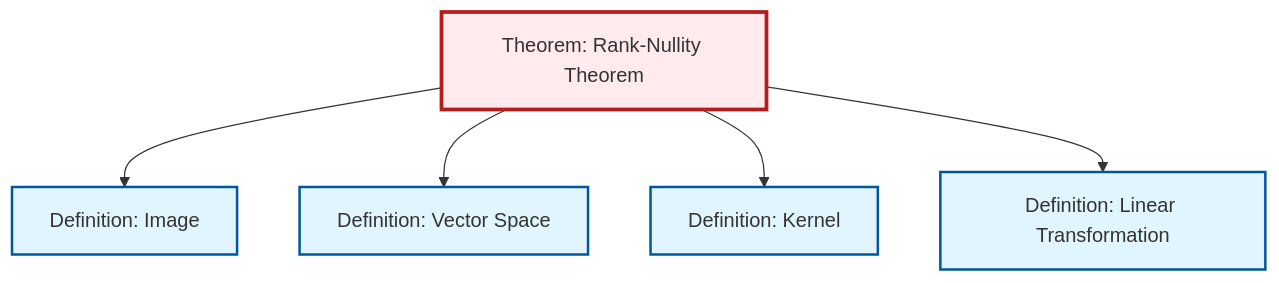
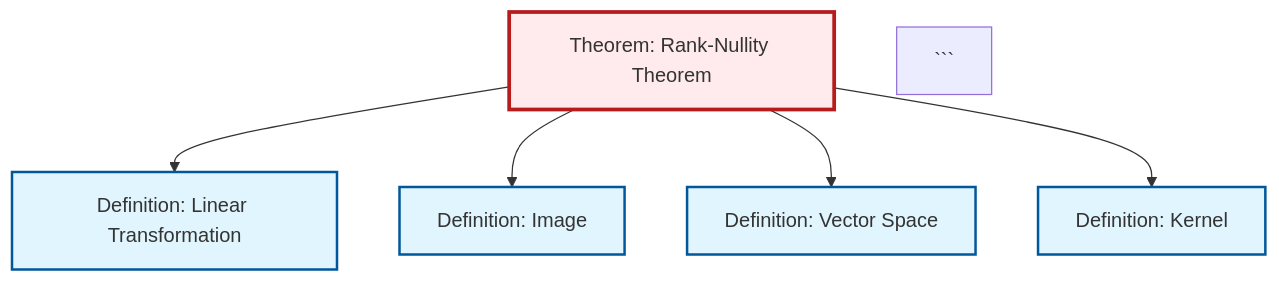
The diagram in output/mermaid/thm-rank-nullity.mermaid (RK0429/ModernMath), drawn with Mermaid before and after one commit. The commit also changed 1183 other files, not shown here.

````diff
--- a/output/mermaid/thm-rank-nullity.mermaid
+++ b/output/mermaid/thm-rank-nullity.mermaid
@@ -1,19 +1,18 @@
-```{mermaid}
 %%| fig-cap: "Local dependency graph"
 graph TD
     classDef definition fill:#e1f5fe,stroke:#01579b,stroke-width:2px
     classDef theorem fill:#f3e5f5,stroke:#4a148c,stroke-width:2px
     classDef axiom fill:#fff3e0,stroke:#e65100,stroke-width:2px
     classDef example fill:#e8f5e9,stroke:#1b5e20,stroke-width:2px
     classDef current fill:#ffebee,stroke:#b71c1c,stroke-width:3px
-    thm-rank-nullity["Theorem: Rank-Nullity Theorem"]:::theorem
-    def-linear-transformation["Definition: Linear Transformation"]:::definition
     def-kernel["Definition: Kernel"]:::definition
     def-vector-space["Definition: Vector Space"]:::definition
+    def-linear-transformation["Definition: Linear Transformation"]:::definition
+    thm-rank-nullity["Theorem: Rank-Nullity Theorem"]:::theorem
     def-image["Definition: Image"]:::definition
+    thm-rank-nullity --> def-linear-transformation
     thm-rank-nullity --> def-image
     thm-rank-nullity --> def-vector-space
     thm-rank-nullity --> def-kernel
-    thm-rank-nullity --> def-linear-transformation
     class thm-rank-nullity current
 ```
````
